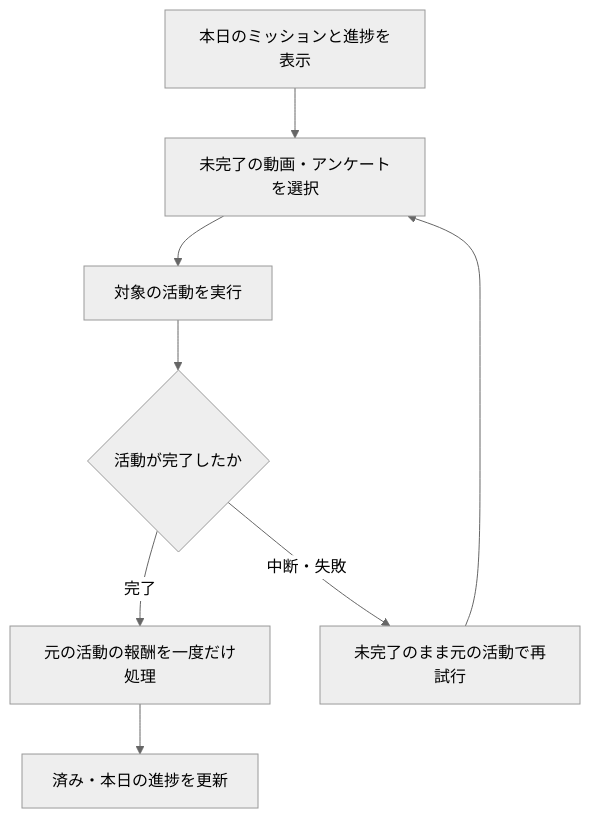
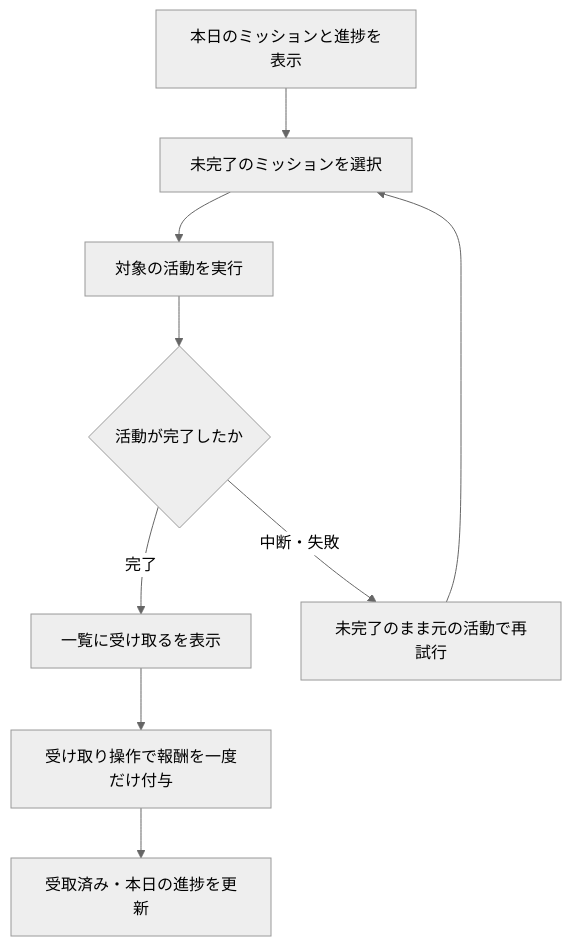
The diagram in docs/prd/features/F07-daily-mission.md (Min-Thu-Khant/pochipo-mock-en), drawn with Mermaid (neutral theme) before and after one commit. The commit also changed other lines of this file and 22 other files, not shown here.

````diff
--- a/docs/prd/features/F07-daily-mission.md
+++ b/docs/prd/features/F07-daily-mission.md
@@ -56,10 +59,11 @@
 ```mermaid
 flowchart TD
-  A["本日のミッションと進捗を表示"] --> B["未完了の動画・アンケートを選択"]
+  A["本日のミッションと進捗を表示"] --> B["未完了のミッションを選択"]
   B --> C["対象の活動を実行"]
   C --> D{"活動が完了したか"}
-  D -->|完了| E["元の活動の報酬を一度だけ処理"]
-  E --> F["済み・本日の進捗を更新"]
+  D -->|完了| E["一覧に受け取るを表示"]
+  E --> H["受け取り操作で報酬を一度だけ付与"]
+  H --> F["受取済み・本日の進捗を更新"]
   D -->|中断・失敗| G["未完了のまま元の活動で再試行"]
   G --> B
 ```
````
